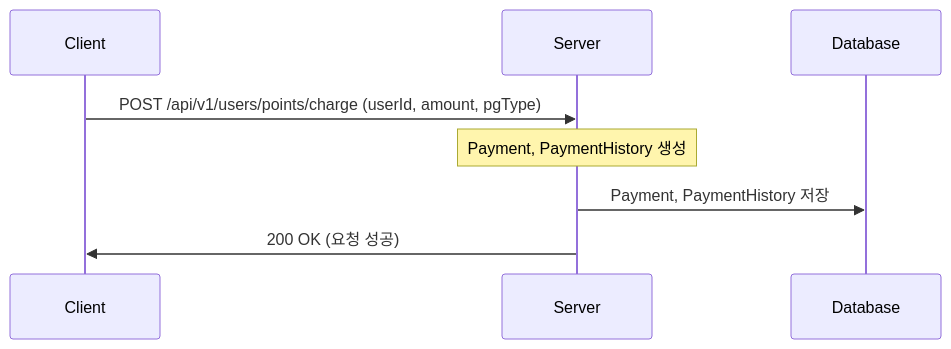
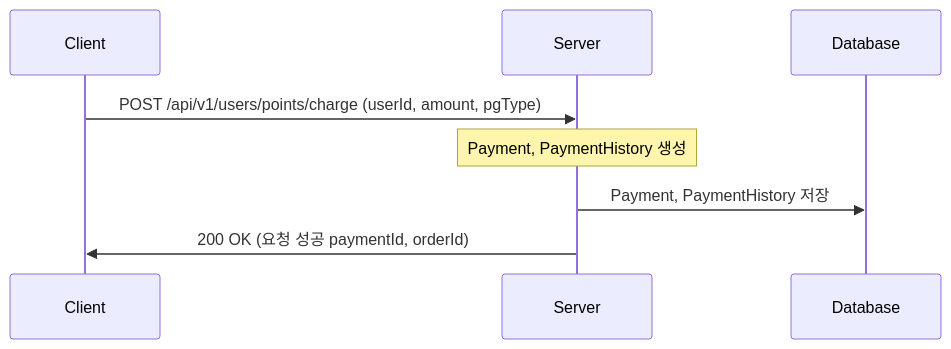
One commit to geonyeop123/pointly changed the third of 5 diagrams in docs/sequenceDiagram.md. Above: the diagram before and after it, drawn with Mermaid. The commit also changed other lines of this file and 2 other files, not shown here.

````diff
--- a/docs/sequenceDiagram.md
+++ b/docs/sequenceDiagram.md
@@ -48,11 +48,11 @@
 ```mermaid
 sequenceDiagram
     participant Client
     participant Server
     participant Database
 
     Client->>Server: POST /api/v1/users/points/charge (userId, amount, pgType)
 		Note over Server : Payment, PaymentHistory 생성
     Server->>Database : Payment, PaymentHistory 저장
-		Server->>Client : 200 OK (요청 성공)
+		Server->>Client : 200 OK (요청 성공 paymentId, orderId)
 ```
````
